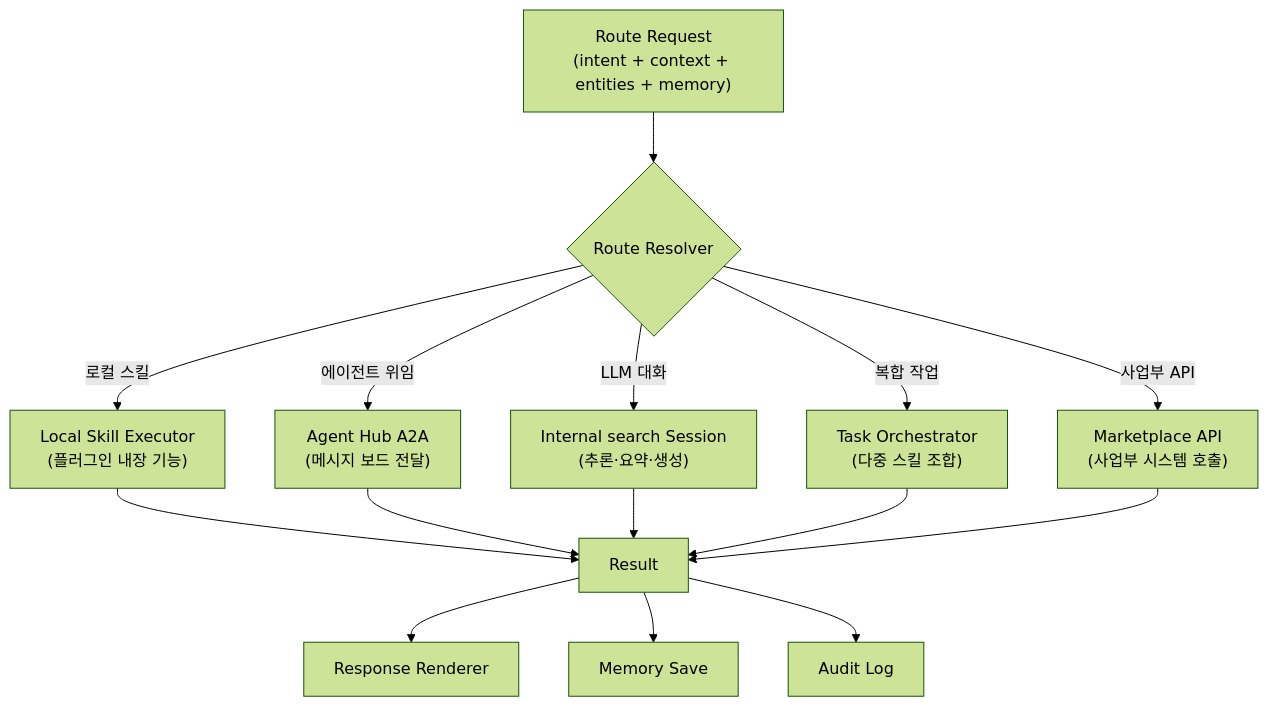
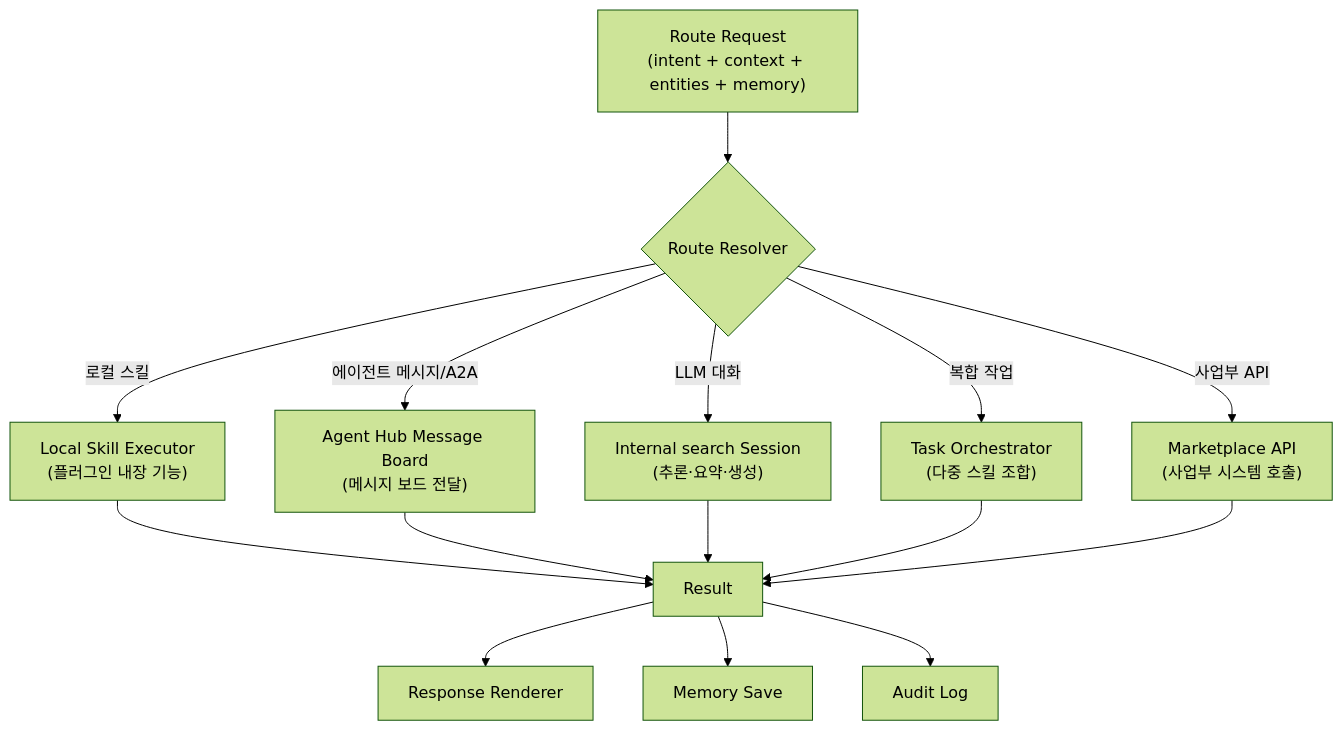
Diagram 18 of 44 in docs/architecture/architecture.md (lvis-project/lvis-app), drawn with Mermaid (forest theme) before and after one commit. The commit also changed other lines of this file and 18 other files, not shown here.

````diff
--- a/docs/architecture/architecture.md
+++ b/docs/architecture/architecture.md
@@ -1265,22 +1285,22 @@
 ```mermaid
 flowchart TB
     ROUTE_IN["Route Request<br/>(intent + context + entities + memory)"]
 
     ROUTE_IN --> RESOLVER{"Route Resolver"}
 
     RESOLVER -->|"로컬 스킬"| LOCAL["Local Skill Executor<br/>(플러그인 내장 기능)"]
-    RESOLVER -->|"에이전트 위임"| A2A["Agent Hub A2A<br/>(메시지 보드 전달)"]
+    RESOLVER -->|"에이전트 메시지/A2A"| A2A["Agent Hub Message Board<br/>(메시지 보드 전달)"]
     RESOLVER -->|"LLM 대화"| corporateNIE["Internal search Session<br/>(추론·요약·생성)"]
     RESOLVER -->|"복합 작업"| ORCHESTRATOR["Task Orchestrator<br/>(다중 스킬 조합)"]
     RESOLVER -->|"사업부 API"| MARKET["Marketplace API<br/>(사업부 시스템 호출)"]
 
     LOCAL --> RESULT["Result"]
     A2A --> RESULT
     corporateNIE --> RESULT
     ORCHESTRATOR --> RESULT
     MARKET --> RESULT
 
     RESULT --> UI["Response Renderer"]
     RESULT --> MEM["Memory Save"]
     RESULT --> AUDIT["Audit Log"]
 ```
````
